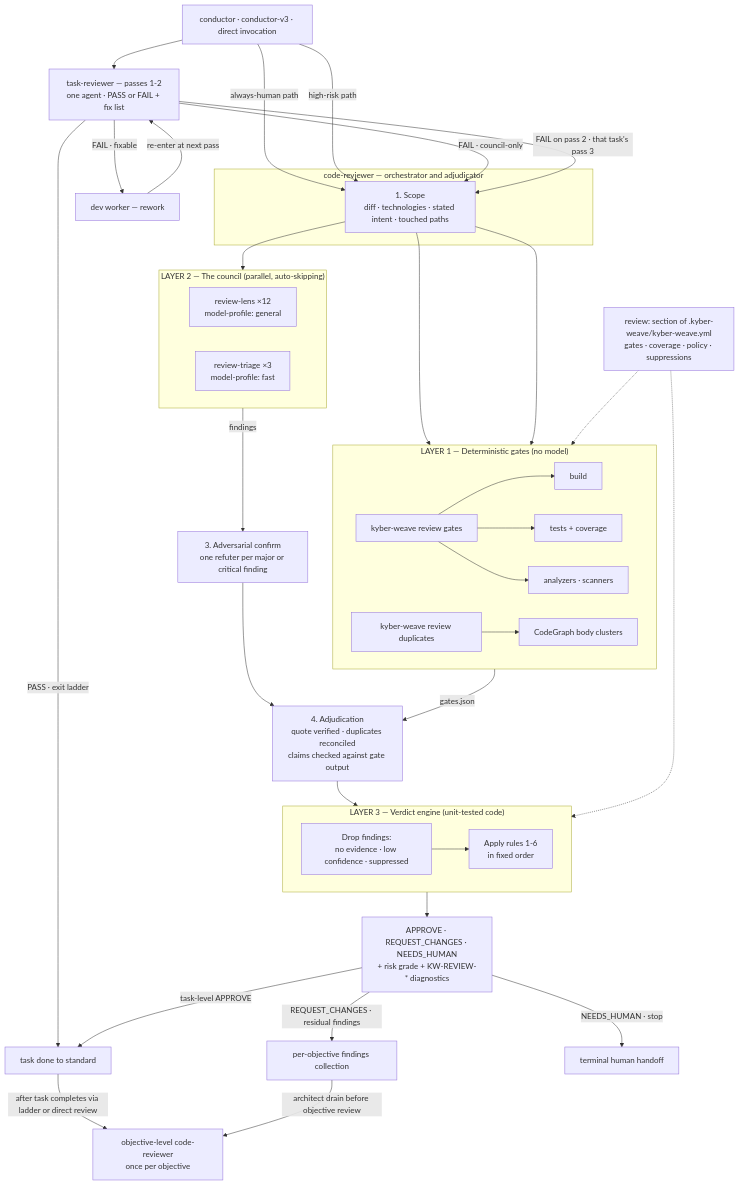
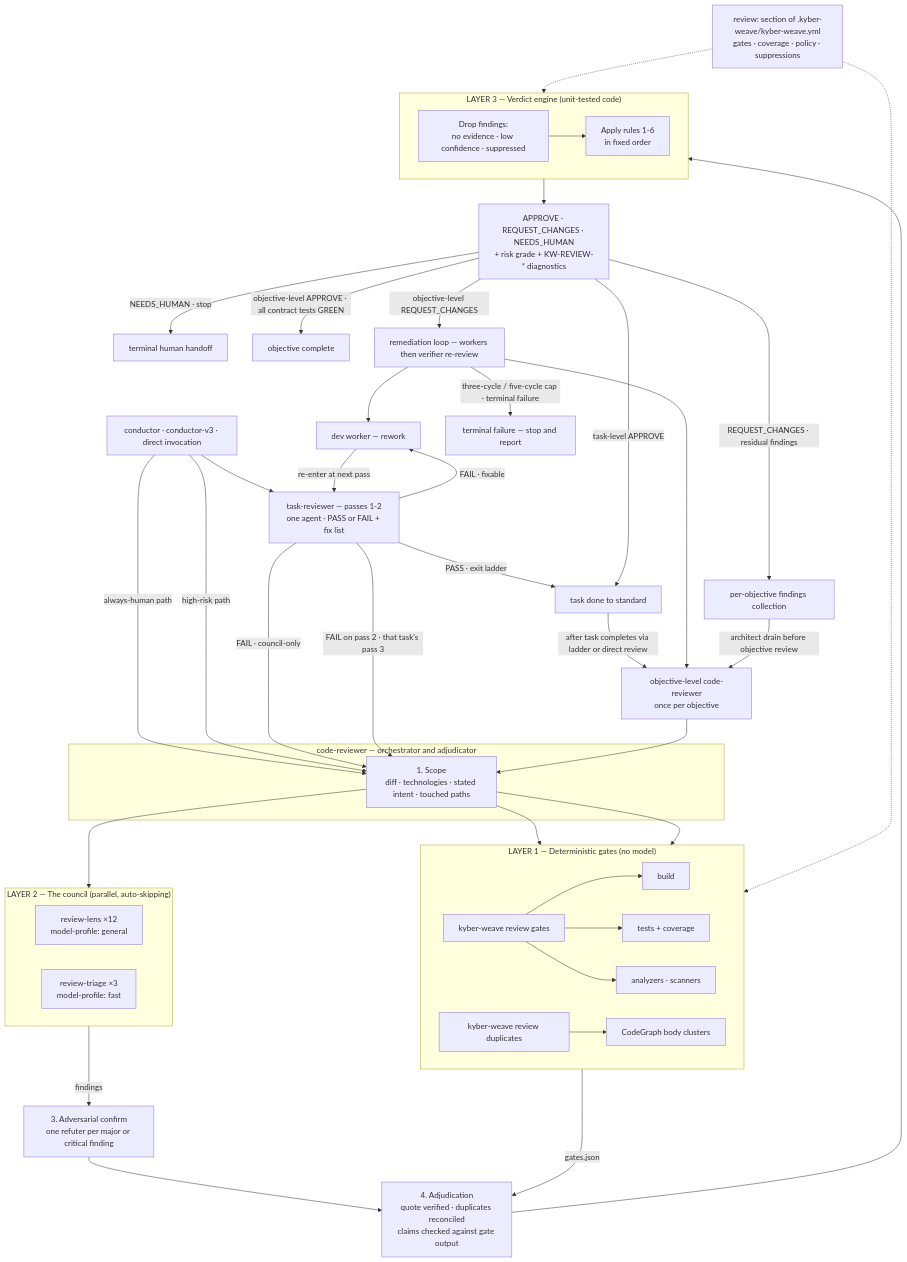
One commit to dpalfery/kyber-weave changed the first of 4 diagrams in docs/code-review/architecture.md. Above: the diagram before and after it, drawn with Mermaid. The commit also changed 4 other files, not shown here.

````diff
--- a/docs/code-review/architecture.md
+++ b/docs/code-review/architecture.md
@@ -40,56 +40,62 @@
 ```mermaid
 flowchart TD
     Cfg["review: section of .kyber-weave/kyber-weave.yml<br/>gates · coverage · policy · suppressions"]
     Caller["conductor · conductor-v3 · direct invocation"] --> Ladder
     Caller -->|"always-human path"| Scope
     Caller -->|"high-risk path"| Scope
     Worker["dev worker — rework"]
     Ladder["task-reviewer — passes 1-2<br/>one agent · PASS or FAIL + fix list"]
     Ladder -->|"PASS · exit ladder"| TaskDone["task done to standard"]
     Ladder -->|"FAIL · fixable"| Worker
     Worker -->|"re-enter at next pass"| Ladder
     Ladder -->|"FAIL · council-only"| Scope
     Ladder -->|"FAIL on pass 2 · that task's pass 3"| Scope
     TaskDone -->|"after task completes via ladder or direct review"| ObjReview["objective-level code-reviewer<br/>once per objective"]
+    ObjReview --> Scope
 
     subgraph CR["code-reviewer — orchestrator and adjudicator"]
         Scope["1. Scope<br/>diff · technologies · stated intent · touched paths"]
     end
 
     Scope --> GR
     Scope --> DG
     Scope --> Council
 
     subgraph Gates["LAYER 1 — Deterministic gates (no model)"]
         direction LR
         GR["kyber-weave review gates"] --> G1["build"] & G2["tests + coverage"] & G3["analyzers · scanners"]
         DG["kyber-weave review duplicates"] --> G4["CodeGraph body clusters"]
     end
 
     subgraph Council["LAYER 2 — The council (parallel, auto-skipping)"]
         direction LR
         RL["review-lens ×12<br/>model-profile: general"]
         RT["review-triage ×3<br/>model-profile: fast"]
     end
 
     Council -->|"findings"| Confirm["3. Adversarial confirm<br/>one refuter per major or critical finding"]
     Confirm --> Adjudicate
     Gates -->|"gates.json"| Adjudicate
 
     Adjudicate["4. Adjudication<br/>quote verified · duplicates reconciled<br/>claims checked against gate output"] --> VE
 
     subgraph VE["LAYER 3 — Verdict engine (unit-tested code)"]
         direction LR
         Drop["Drop findings:<br/>no evidence · low confidence · suppressed"] --> Rules["Apply rules 1-6<br/>in fixed order"]
     end
 
     VE --> Out["APPROVE · REQUEST_CHANGES · NEEDS_HUMAN<br/>+ risk grade + KW-REVIEW-* diagnostics"]
 
     Out -->|"task-level APPROVE"| TaskDone
     Out -->|"REQUEST_CHANGES · residual findings"| Findings["per-objective findings collection"]
     Out -->|"NEEDS_HUMAN · stop"| Human["terminal human handoff"]
+    Out -->|"objective-level APPROVE · all contract tests GREEN"| ObjComplete["objective complete"]
+    Out -->|"objective-level REQUEST_CHANGES"| ObjRemed["remediation loop — workers then verifier re-review"]
+    ObjRemed --> Worker
+    ObjRemed --> ObjReview
+    ObjRemed -->|"three-cycle / five-cycle cap · terminal failure"| ObjFailed["terminal failure — stop and report"]
     Findings -->|"architect drain before objective review"| ObjReview
 
     Cfg -.-> Gates
     Cfg -.-> VE
 ```
````
